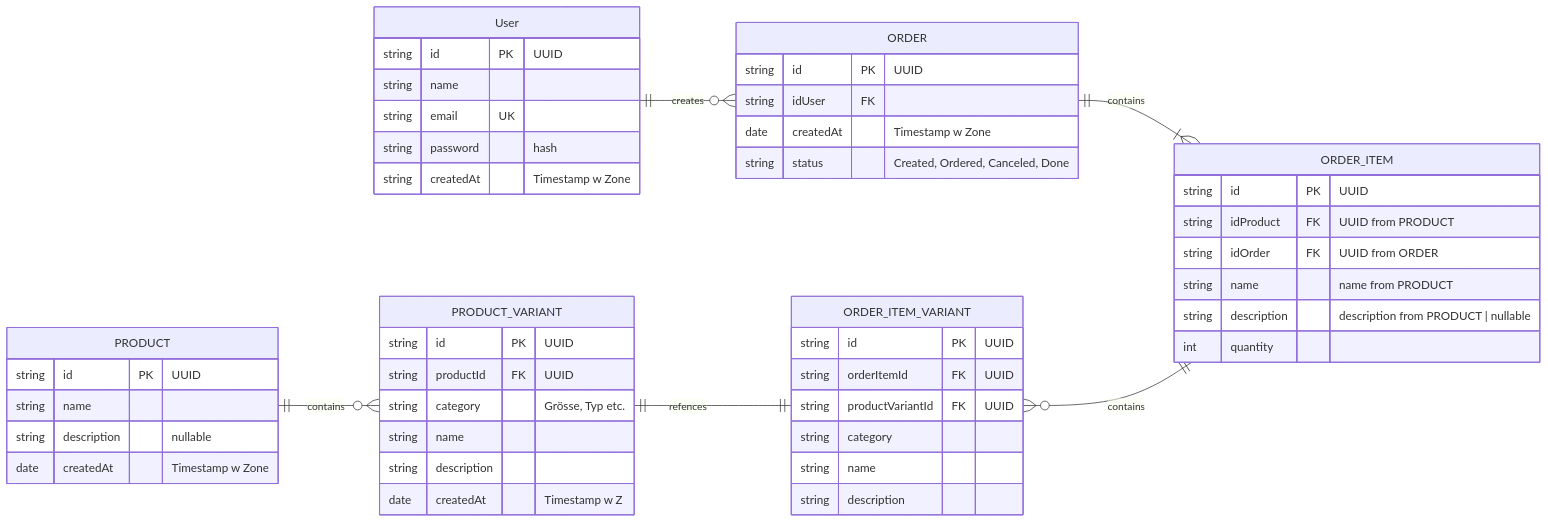
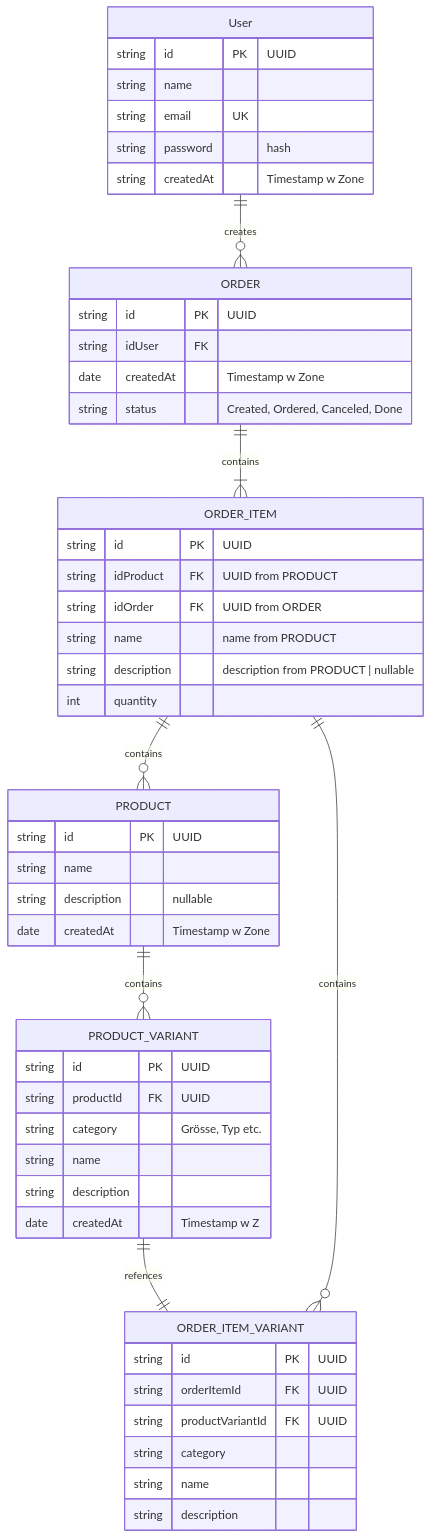
The diagram in README.md (Tiffinger-Thiel-GmbH/Merch-Shop), drawn with Mermaid before and after one commit.

Commit message:
docs: :memo: change arrows to correct

````diff
--- a/README.md
+++ b/README.md
@@ -23,52 +23,53 @@
 ```mermaid
 erDiagram
-    direction LR
+    direction TB
     User 1 to many ORDER : creates
     ORDER 1 to one or many ORDER_ITEM : contains
     PRODUCT 1 to zero or many PRODUCT_VARIANT  : contains
     PRODUCT_VARIANT 1 to 1 ORDER_ITEM_VARIANT : refences
     ORDER_ITEM_VARIANT zero or many to 1 ORDER_ITEM : contains
+    ORDER_ITEM 1 to many PRODUCT: contains
     User {
         string id PK "UUID"
         string name
         string email UK
         string password "hash"
         string createdAt "Timestamp w Zone"
     }
     ORDER {
         string id PK "UUID"
         string idUser FK
         date createdAt  "Timestamp w Zone"
         string status  "Created, Ordered, Canceled, Done"
     }
     PRODUCT {
         string id PK "UUID"
         string name
         string description "nullable"
         date   createdAt "Timestamp w Zone"
     }
     ORDER_ITEM {
         string id PK "UUID"
         string idProduct FK "UUID from PRODUCT"
         string idOrder FK "UUID from ORDER"
         string name  "name from PRODUCT"
         string description "description from PRODUCT | nullable"
         int quantity
     }
     PRODUCT_VARIANT {
         string id PK "UUID"
         string productId FK "UUID"
         string category "Grösse, Typ etc."
         string name
         string description
         date createdAt "Timestamp w Z"
     }
     ORDER_ITEM_VARIANT {
         string id PK "UUID"
         string orderItemId FK "UUID"
         string productVariantId FK "UUID"
         string category
         string name
         string description
     }
 ```
````
